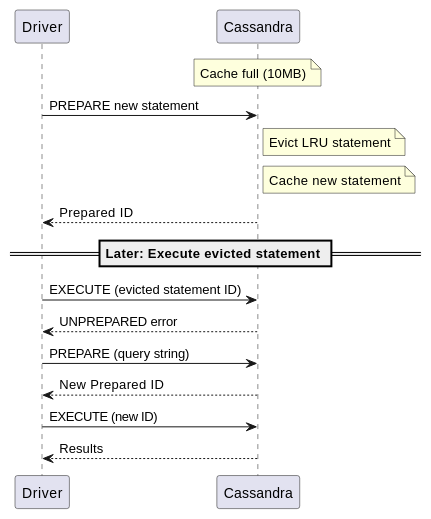
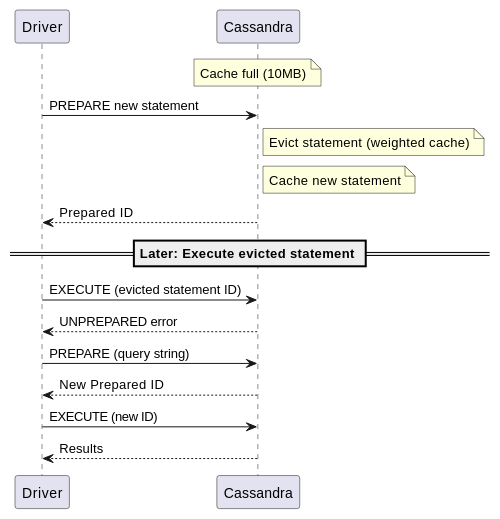
One commit to axonops/documentation changed the seventh of 7 diagrams in docs/data-platforms/cassandra/application-development/drivers/prepared-statements.md. Above: the diagram before and after it, drawn with PlantUML. The commit also changed other lines of this file and 262 other files, not shown here.

````diff
--- a/docs/data-platforms/cassandra/application-development/drivers/prepared-statements.md
+++ b/docs/data-platforms/cassandra/application-development/drivers/prepared-statements.md
@@ -380,23 +384,23 @@
 ```plantuml
 @startuml
 skinparam backgroundColor transparent
 
 participant "Driver" as Driver
 participant "Cassandra" as C
 
 note over C: Cache full (10MB)
 Driver -> C: PREPARE new statement
-note right of C: Evict LRU statement
+note right of C: Evict statement (weighted cache)
 note right of C: Cache new statement
 C --> Driver: Prepared ID
 
 == Later: Execute evicted statement ==
 Driver -> C: EXECUTE (evicted statement ID)
 C --> Driver: UNPREPARED error
 Driver -> C: PREPARE (query string)
 C --> Driver: New Prepared ID
 Driver -> C: EXECUTE (new ID)
 C --> Driver: Results
 
 @enduml
 ```
````
